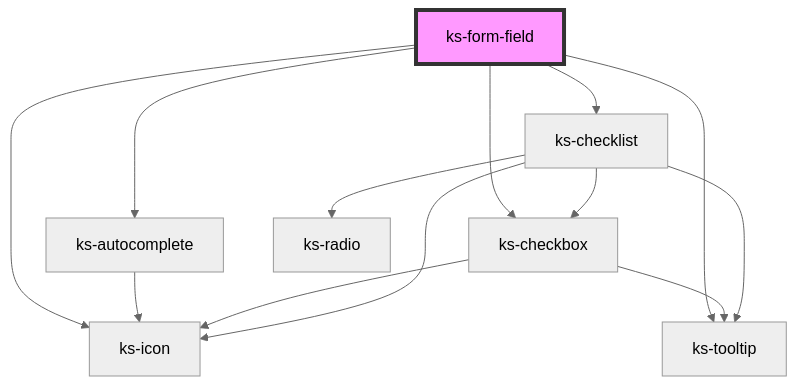
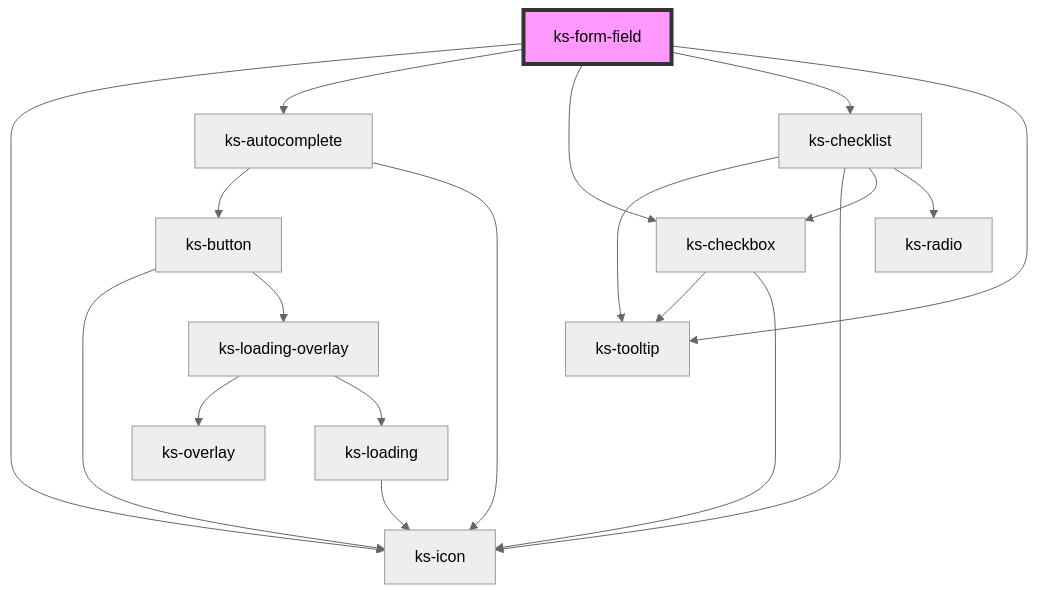
The diagram in src/scripts/components/form-field/readme.md (kickstand-ui/kickstand-ui), drawn with Mermaid (neutral theme) before and after one commit. The commit also changed 6 other files, not shown here.

Commit message:
add clear button to autocomplete

````diff
--- a/src/scripts/components/form-field/readme.md
+++ b/src/scripts/components/form-field/readme.md
@@ -79,16 +79,22 @@
 ```mermaid
 graph TD;
   ks-form-field --> ks-icon
   ks-form-field --> ks-autocomplete
   ks-form-field --> ks-checkbox
   ks-form-field --> ks-checklist
   ks-form-field --> ks-tooltip
+  ks-autocomplete --> ks-button
   ks-autocomplete --> ks-icon
+  ks-button --> ks-icon
+  ks-button --> ks-loading-overlay
+  ks-loading-overlay --> ks-overlay
+  ks-loading-overlay --> ks-loading
+  ks-loading --> ks-icon
   ks-checkbox --> ks-tooltip
   ks-checkbox --> ks-icon
   ks-checklist --> ks-tooltip
   ks-checklist --> ks-icon
   ks-checklist --> ks-checkbox
   ks-checklist --> ks-radio
   style ks-form-field fill:#f9f,stroke:#333,stroke-width:4px
 ```
````
